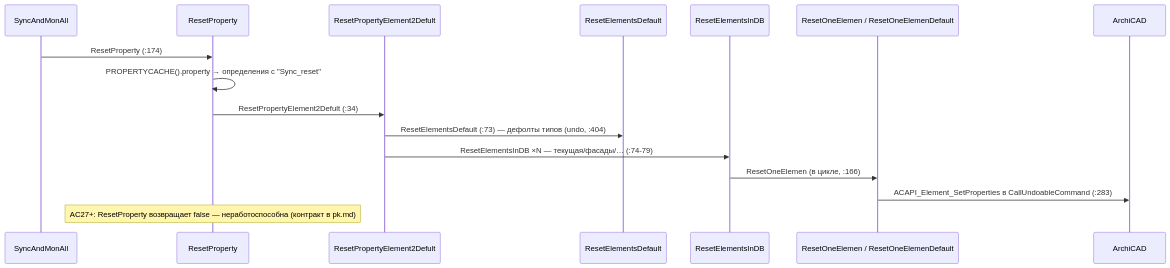
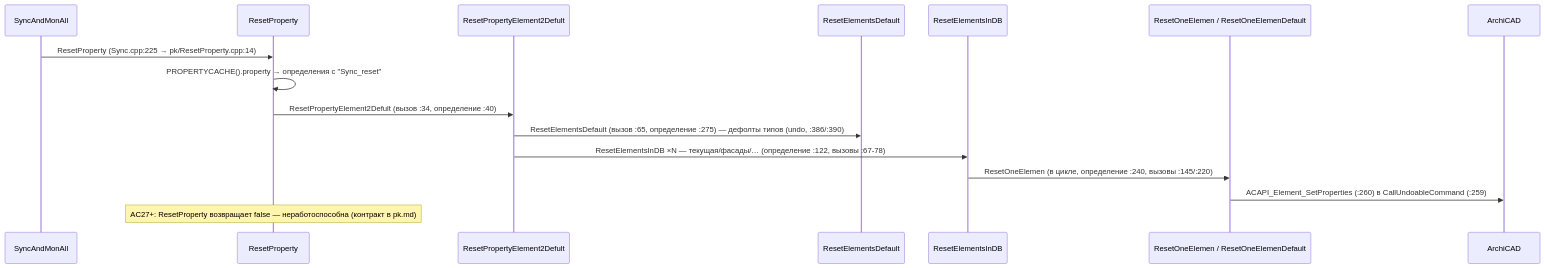
The tenth of 11 diagrams in Docs/SEQUENCES.md (kuvbur/AddOn_SomeStuff), drawn with Mermaid before and after one commit. The commit also changed other lines of this file and 122 other files, not shown here.

````diff
--- a/Docs/SEQUENCES.md
+++ b/Docs/SEQUENCES.md
@@ -221,19 +224,19 @@
 ```mermaid
 sequenceDiagram
     participant SAM as SyncAndMonAll
     participant RP as ResetProperty
     participant RPE as ResetPropertyElement2Defult
     participant RED as ResetElementsDefault
     participant RID as ResetElementsInDB
     participant ROE as ResetOneElemen / ResetOneElemenDefault
     participant AC as ArchiCAD
 
-    SAM->>RP: ResetProperty (:174)
+    SAM->>RP: ResetProperty (Sync.cpp:225 → pk/ResetProperty.cpp:14)
     RP->>RP: PROPERTYCACHE().property → определения с "Sync_reset"
-    RP->>RPE: ResetPropertyElement2Defult (:34)
-    RPE->>RED: ResetElementsDefault (:73) — дефолты типов (undo, :404)
-    RPE->>RID: ResetElementsInDB ×N — текущая/фасады/… (:74-79)
-    RID->>ROE: ResetOneElemen (в цикле, :166)
-    ROE->>AC: ACAPI_Element_SetProperties в CallUndoableCommand (:283)
+    RP->>RPE: ResetPropertyElement2Defult (вызов :34, определение :40)
+    RPE->>RED: ResetElementsDefault (вызов :65, определение :275) — дефолты типов (undo, :386/:390)
+    RPE->>RID: ResetElementsInDB ×N — текущая/фасады/… (определение :122, вызовы :67-78)
+    RID->>ROE: ResetOneElemen (в цикле, определение :240, вызовы :145/:220)
+    ROE->>AC: ACAPI_Element_SetProperties (:260) в CallUndoableCommand (:259)
     Note over RP: AC27+: ResetProperty возвращает false — неработоспособна (контракт в pk.md)
 ```
````
